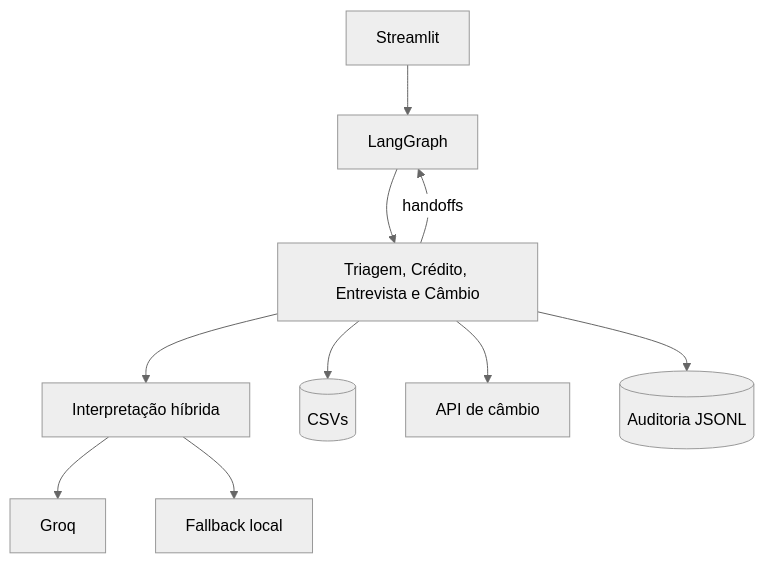
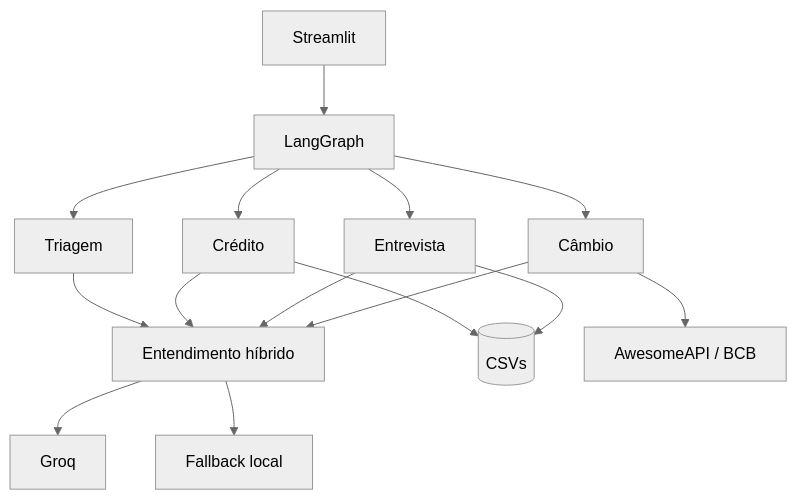
One commit to guisefe/banco-agil-agent changed the diagram in README.md. Above: the diagram before and after it, drawn with Mermaid (neutral theme). The commit also changed other lines of this file and 12 other files, not shown here.

````diff
--- a/README.md
+++ b/README.md
@@ -30,12 +88,17 @@
 ```mermaid
 flowchart TD
     UI[Streamlit] --> G[LangGraph]
-    G --> A[Triagem, Crédito, Entrevista e Câmbio]
-    A --> U[Interpretação híbrida]
+    G --> T[Triagem]
+    G --> C[Crédito]
+    G --> E[Entrevista]
+    G --> X[Câmbio]
+    T --> U[Entendimento híbrido]
+    C --> U
+    E --> U
+    X --> U
     U --> L[Groq]
     U --> F[Fallback local]
-    A --> CSV[(CSVs)]
-    A --> API[API de câmbio]
-    A --> AUD[(Auditoria JSONL)]
-    A -->|handoffs| G
+    C --> CSV[(CSVs)]
+    E --> CSV
+    X --> API[AwesomeAPI / BCB]
 ```
````
